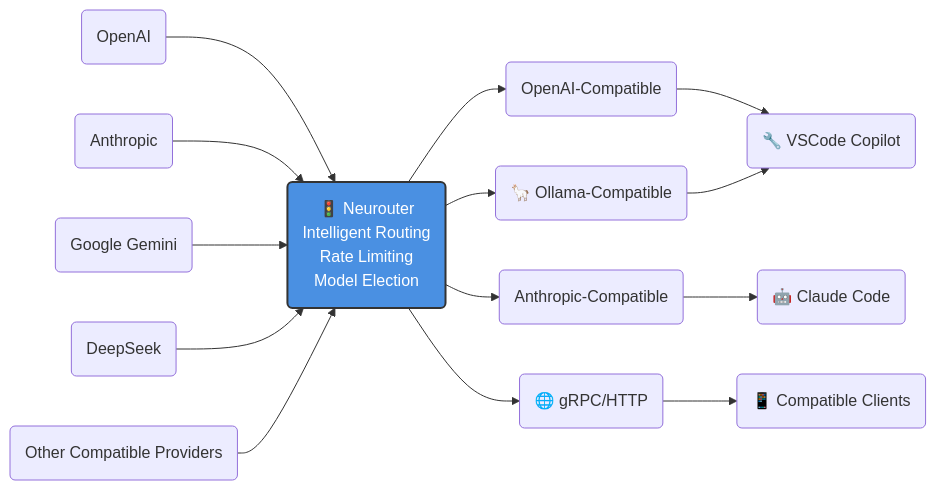
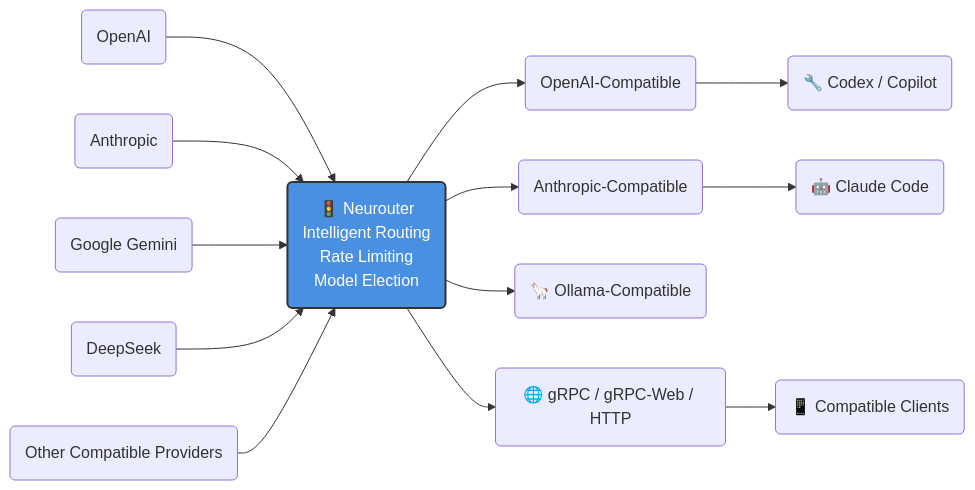
The diagram in README.md (neuraxes/neurouter), drawn with Mermaid before and after one commit. The commit also changed other lines of this file, not shown here.

````diff
--- a/README.md
+++ b/README.md
@@ -5,37 +5,36 @@
 ```mermaid
 graph LR
     D1("OpenAI")
     D2("Anthropic")
     D3("Google Gemini")
     D4("DeepSeek")
     D5("Other Compatible Providers")
 
     C("🚦 Neurouter<br/>Intelligent Routing<br/>Rate Limiting<br/>Model Election")
 
     B1("OpenAI-Compatible")
     B2("Anthropic-Compatible")
     B3("🦙 Ollama-Compatible")
-    B4("🌐 gRPC/HTTP")
+    B4("🌐 gRPC / gRPC-Web / HTTP")
 
     A1("🤖 Claude Code")
-    A2("🔧 VSCode Copilot")
+    A2("🔧 Codex / Copilot")
     A3("📱 Compatible Clients")
 
     D1 --> C
     D2 --> C
     D3 --> C
     D4 --> C
     D5 --> C
 
     C --> B1
     C --> B2
     C --> B3
     C --> B4
 
     B1 --> A2
     B2 --> A1
-    B3 --> A2
     B4 --> A3
 
     style C fill:#4A90E2,stroke:#333,stroke-width:2px,color:#fff
 ```
````
